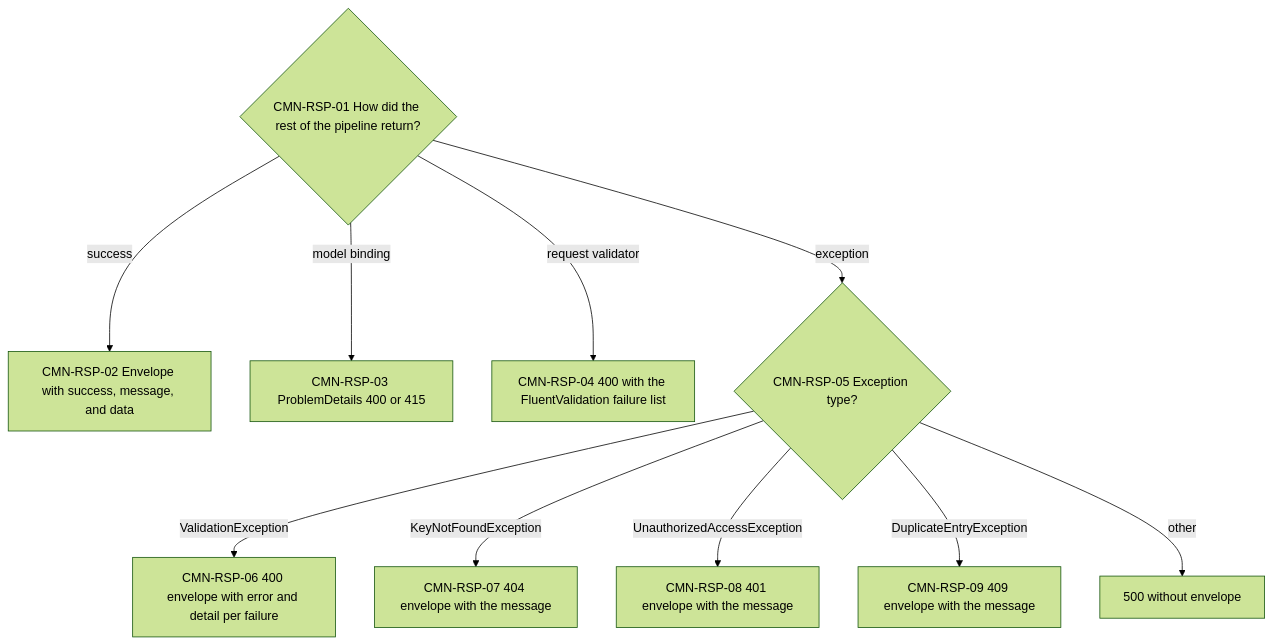
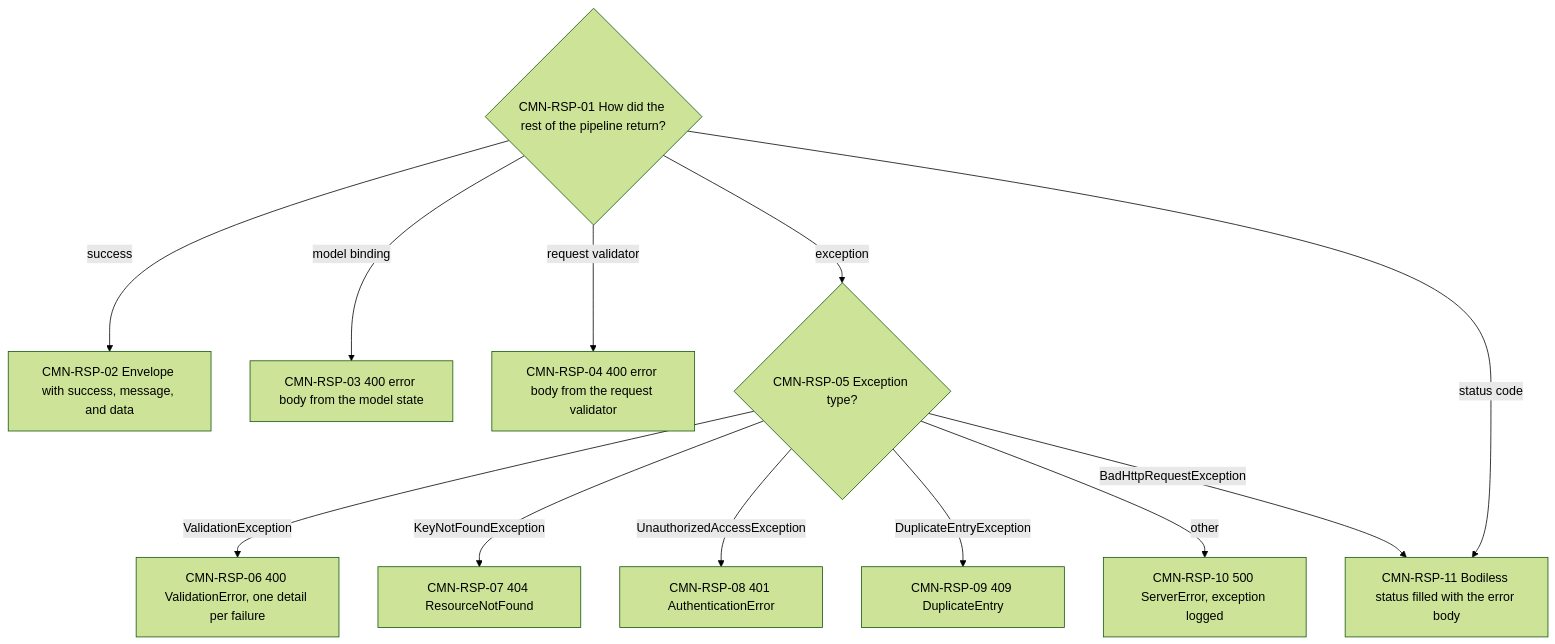
The fourth of 6 diagrams in backend/docs/conventions.md (idg2/mouts-backend-challenge), drawn with Mermaid (forest theme) before and after one commit. The commit also changed other lines of this file and 26 other files, not shown here.

Commit message:
feat: answer every error with the general-api body { type, error, detail }

````diff
--- a/backend/docs/conventions.md
+++ b/backend/docs/conventions.md
@@ -109,22 +109,25 @@
 ```mermaid
 flowchart TD
   RSP01{"CMN-RSP-01 How did the rest of the pipeline return?"}
   RSP02["CMN-RSP-02 Envelope with success, message, and data"]
-  RSP03["CMN-RSP-03 ProblemDetails 400 or 415"]
-  RSP04["CMN-RSP-04 400 with the FluentValidation failure list"]
+  RSP03["CMN-RSP-03 400 error body from the model state"]
+  RSP04["CMN-RSP-04 400 error body from the request validator"]
   RSP05{"CMN-RSP-05 Exception type?"}
-  RSP06["CMN-RSP-06 400 envelope with error and detail per failure"]
-  RSP07["CMN-RSP-07 404 envelope with the message"]
-  RSP08["CMN-RSP-08 401 envelope with the message"]
-  RSP09["CMN-RSP-09 409 envelope with the message"]
-  E500["500 without envelope"]
+  RSP06["CMN-RSP-06 400 ValidationError, one detail per failure"]
+  RSP07["CMN-RSP-07 404 ResourceNotFound"]
+  RSP08["CMN-RSP-08 401 AuthenticationError"]
+  RSP09["CMN-RSP-09 409 DuplicateEntry"]
+  RSP10["CMN-RSP-10 500 ServerError, exception logged"]
+  RSP11["CMN-RSP-11 Bodiless status filled with the error body"]
   RSP01 -->|success| RSP02
   RSP01 -->|model binding| RSP03
   RSP01 -->|request validator| RSP04
   RSP01 -->|exception| RSP05
+  RSP01 -->|status code| RSP11
   RSP05 -->|ValidationException| RSP06
   RSP05 -->|KeyNotFoundException| RSP07
   RSP05 -->|UnauthorizedAccessException| RSP08
   RSP05 -->|DuplicateEntryException| RSP09
-  RSP05 -->|other| E500
+  RSP05 -->|BadHttpRequestException| RSP11
+  RSP05 -->|other| RSP10
 ```
````
